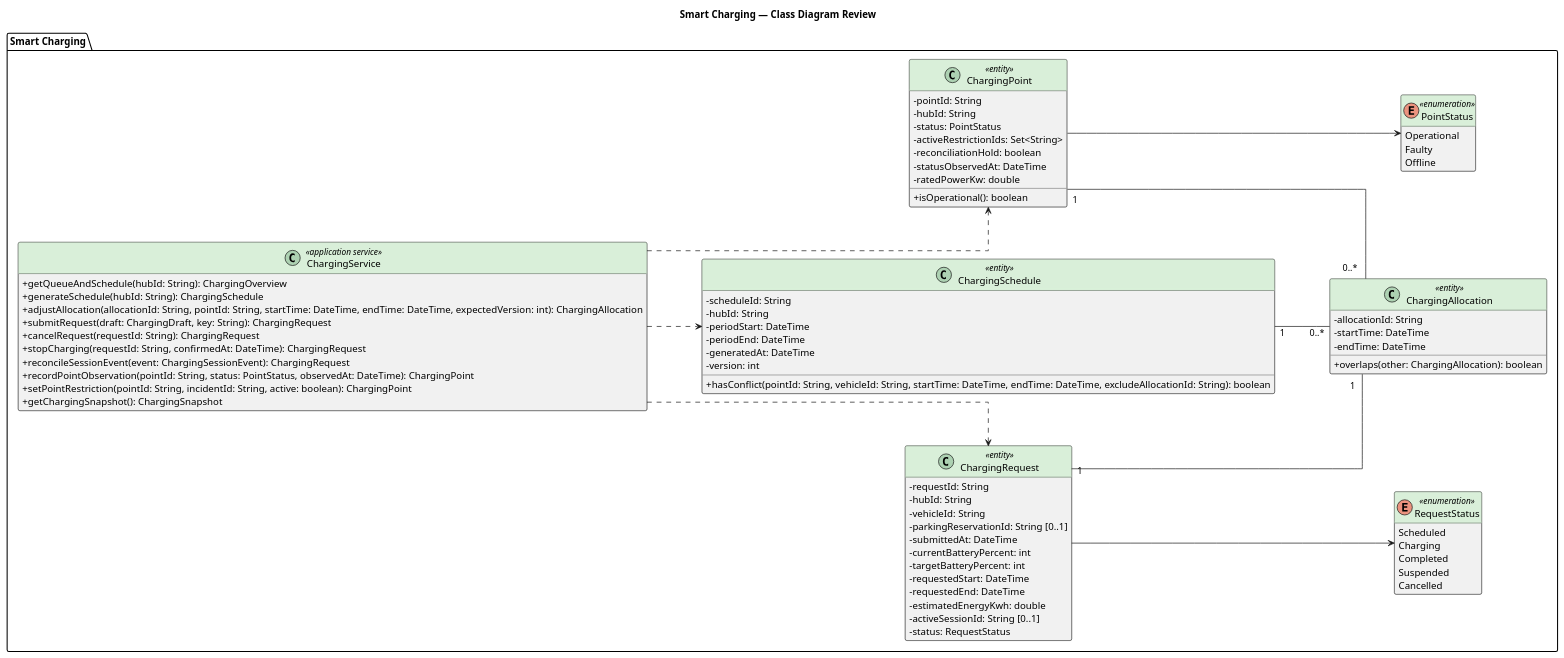
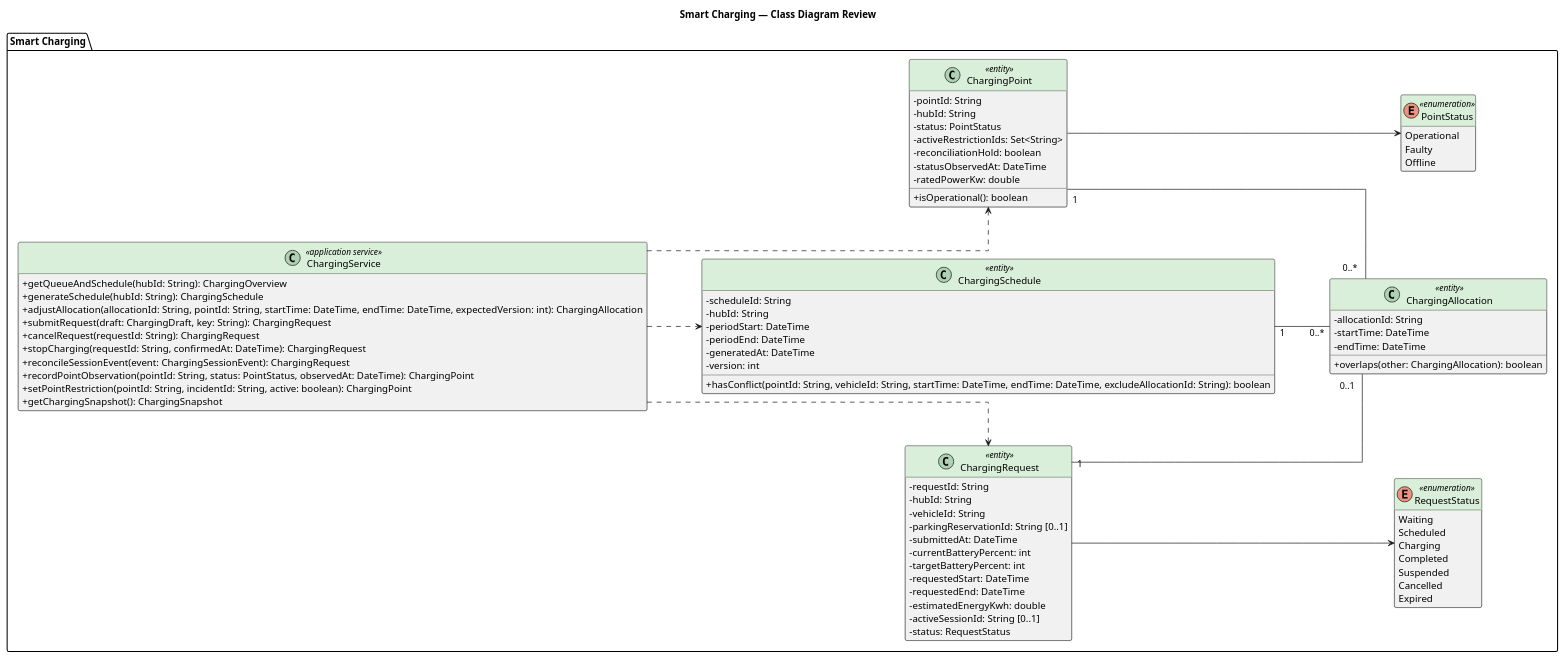
The diagram in docs/submission-3/class-diagram/smart-charging/05-smart-charging.puml (thanhpham1108/smart-e-mobility-hub), drawn with PlantUML before and after one commit. The commit also changed 1 other file, not shown here.

Commit message:
Add smart charging class diagram

```diff
--- a/docs/submission-3/class-diagram/smart-charging/05-smart-charging.puml
+++ b/docs/submission-3/class-diagram/smart-charging/05-smart-charging.puml
@@ -1,92 +1,94 @@
 @startuml 05-smart-charging-review
 title Smart Charging — Class Diagram Review
 left to right direction
 skinparam shadowing false
 skinparam classAttributeIconSize 0
 skinparam classHeaderBackgroundColor #D9EFD9
 skinparam linetype ortho
 skinparam nodesep 75
 skinparam ranksep 80
 hide empty members
 
 package "Smart Charging" {
   class ChargingService <<application service>> {
     + getQueueAndSchedule(hubId: String): ChargingOverview
     + generateSchedule(hubId: String): ChargingSchedule
     + adjustAllocation(allocationId: String, pointId: String, startTime: DateTime, endTime: DateTime, expectedVersion: int): ChargingAllocation
     + submitRequest(draft: ChargingDraft, key: String): ChargingRequest
     + cancelRequest(requestId: String): ChargingRequest
     + stopCharging(requestId: String, confirmedAt: DateTime): ChargingRequest
     + reconcileSessionEvent(event: ChargingSessionEvent): ChargingRequest
     + recordPointObservation(pointId: String, status: PointStatus, observedAt: DateTime): ChargingPoint
     + setPointRestriction(pointId: String, incidentId: String, active: boolean): ChargingPoint
     + getChargingSnapshot(): ChargingSnapshot
   }
 
   class ChargingRequest <<entity>> {
     - requestId: String
     - hubId: String
     - vehicleId: String
     - parkingReservationId: String [0..1]
     - submittedAt: DateTime
     - currentBatteryPercent: int
     - targetBatteryPercent: int
     - requestedStart: DateTime
     - requestedEnd: DateTime
     - estimatedEnergyKwh: double
     - activeSessionId: String [0..1]
     - status: RequestStatus
   }
 
   class ChargingSchedule <<entity>> {
     - scheduleId: String
     - hubId: String
     - periodStart: DateTime
     - periodEnd: DateTime
     - generatedAt: DateTime
     - version: int
     + hasConflict(pointId: String, vehicleId: String, startTime: DateTime, endTime: DateTime, excludeAllocationId: String): boolean
   }
 
   class ChargingAllocation <<entity>> {
     - allocationId: String
     - startTime: DateTime
     - endTime: DateTime
     + overlaps(other: ChargingAllocation): boolean
   }
 
   class ChargingPoint <<entity>> {
     - pointId: String
     - hubId: String
     - status: PointStatus
     - activeRestrictionIds: Set<String>
     - reconciliationHold: boolean
     - statusObservedAt: DateTime
     - ratedPowerKw: double
     + isOperational(): boolean
   }
 
   enum RequestStatus <<enumeration>> {
+    Waiting
     Scheduled
     Charging
     Completed
     Suspended
     Cancelled
+    Expired
   }
 
   enum PointStatus <<enumeration>> {
     Operational
     Faulty
     Offline
   }
 }
 
 ChargingSchedule "1" -- "0..*" ChargingAllocation
-ChargingRequest "1" -- "1" ChargingAllocation
+ChargingRequest "1" -- "0..1" ChargingAllocation
 ChargingPoint "1" -- "0..*" ChargingAllocation
 ChargingService ..> ChargingRequest
 ChargingService ..> ChargingSchedule
 ChargingService ..> ChargingPoint
 ChargingRequest --> RequestStatus
 ChargingPoint --> PointStatus
 @enduml
```
